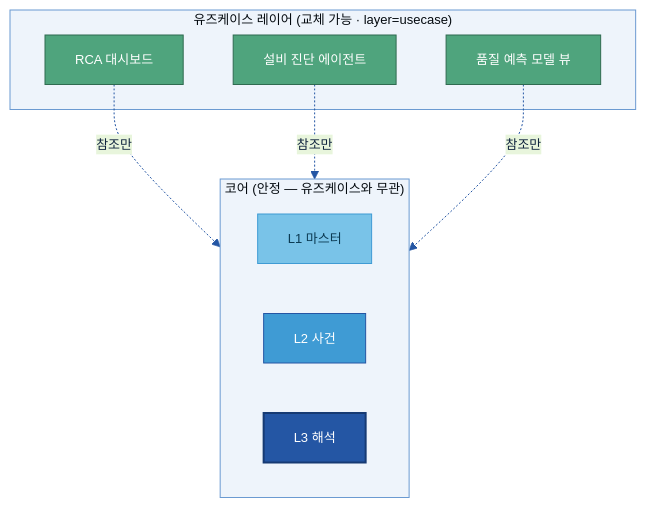
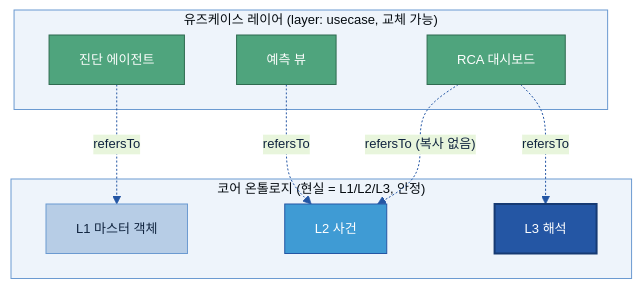
The sixth of 14 diagrams in 가이드 작성/B-3 온톨로지/B-3 온톨로지.md (jin-kearney/ai-ready-data-manual), drawn with Mermaid before and after one commit. The commit also changed other lines of this file and 2 other files, not shown here.

First line of the commit message:
docs(B-3): 멀티 에이전트 전면 재작성 (v0.7) — §1~§4 새로 작성·advisor 조립

````diff
--- a/가이드 작성/B-3 온톨로지/B-3 온톨로지.md
+++ b/가이드 작성/B-3 온톨로지/B-3 온톨로지.md
@@ -450,21 +468,22 @@
 ```mermaid
-%%{init:{'theme':'base','themeVariables':{'primaryColor':'#DCE8F5','primaryBorderColor':'#2456A4','primaryTextColor':'#10243f','lineColor':'#2456A4','clusterBkg':'#EEF4FB','clusterBorder':'#6B9AD1','fontSize':'13px'}}}%%
+%%{init: {'theme':'base','themeVariables':{'primaryColor':'#DCE8F5','primaryBorderColor':'#2456A4','primaryTextColor':'#10243f','lineColor':'#2456A4','clusterBkg':'#EEF4FB','clusterBorder':'#6B9AD1','fontSize':'13px'}}}%%
 flowchart TB
-    subgraph UC["유즈케이스 레이어 (교체 가능 · layer=usecase)"]
-        U1["RCA 대시보드"]:::loop
-        U2["설비 진단 에이전트"]:::loop
-        U3["품질 예측 모델 뷰"]:::loop
+    subgraph UC["유즈케이스 레이어 (layer: usecase, 교체 가능)"]
+        UC1["RCA 대시보드"]:::loop
+        UC2["진단 에이전트"]:::loop
+        UC3["예측 뷰"]:::loop
     end
-    subgraph CORE["코어 (안정 — 유즈케이스와 무관)"]
-        L1c["L1 마스터"]:::src
-        L2c["L2 사건"]:::gate
-        L3c["L3 해석"]:::cat
+    subgraph CORE["코어 온톨로지 (현실 = L1/L2/L3, 안정)"]
+        CL1["L1 마스터 객체"]:::n
+        CL2["L2 사건"]:::gate
+        CL3["L3 해석"]:::cat
     end
-    U1 -.->|"참조만"| CORE
-    U2 -.->|"참조만"| CORE
-    U3 -.->|"참조만"| CORE
-    classDef src fill:#79C3E8,stroke:#3F9BD4,color:#0b3a52;
+    UC1 -. "refersTo (복사 없음)" .-> CL2
+    UC1 -. "refersTo" .-> CL3
+    UC2 -. "refersTo" .-> CL1
+    UC3 -. "refersTo" .-> CL2
+    classDef n fill:#B7CDE6,stroke:#6B9AD1,color:#10243f;
     classDef gate fill:#3F9BD4,stroke:#2456A4,color:#fff;
     classDef cat fill:#2456A4,color:#fff,stroke:#163a73,stroke-width:2px;
     classDef loop fill:#4FA47D,stroke:#2f6b50,color:#fff;
 ```
````
